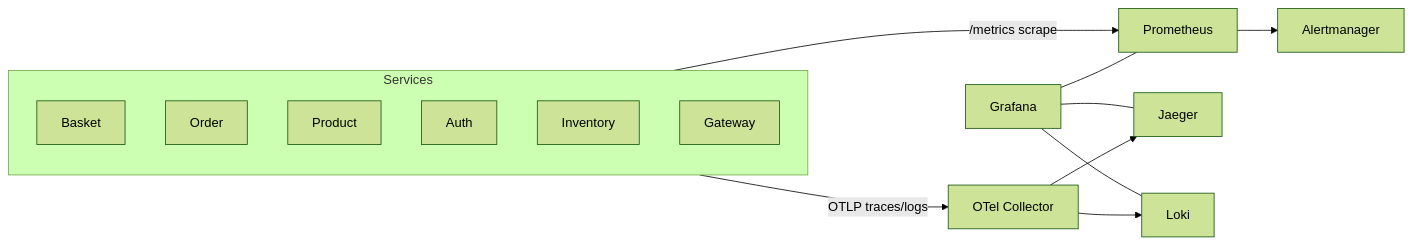
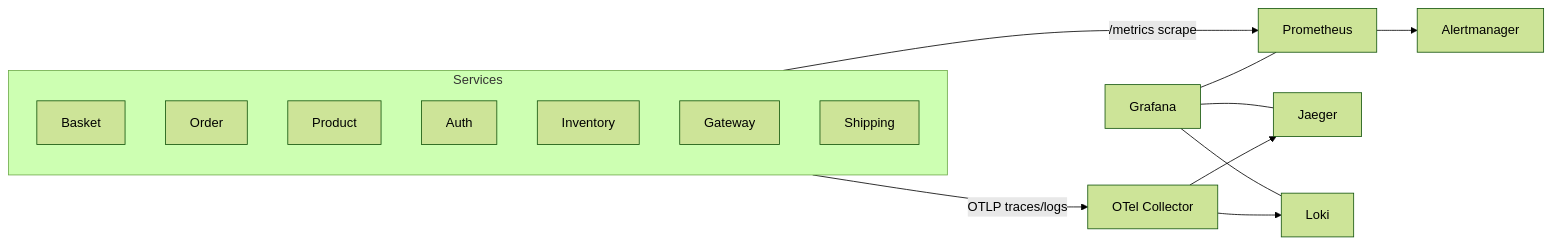
One commit to daonhan/Microservices-in-.NET changed the diagram in docs/wiki/Observability.md. Above: the diagram before and after it, drawn with Mermaid (forest theme). The commit also changed other lines of this file and 6 other files, not shown here.

````diff
--- a/docs/wiki/Observability.md
+++ b/docs/wiki/Observability.md
@@ -7,14 +7,14 @@
 ```mermaid
 graph LR
     subgraph Services
-        A[Basket] & B[Order] & C[Product] & D[Auth] & E[Inventory] & F[Gateway]
+        A[Basket] & B[Order] & C[Product] & D[Auth] & E[Inventory] & F[Gateway] & G[Shipping]
     end
     Services -- OTLP traces/logs --> OC[OTel Collector]
     Services -- /metrics scrape --> PR[Prometheus]
     OC --> JA[Jaeger]
     OC --> LK[Loki]
     PR --> AM[Alertmanager]
     GF[Grafana] --- PR
     GF --- LK
     GF --- JA
 ```
````
